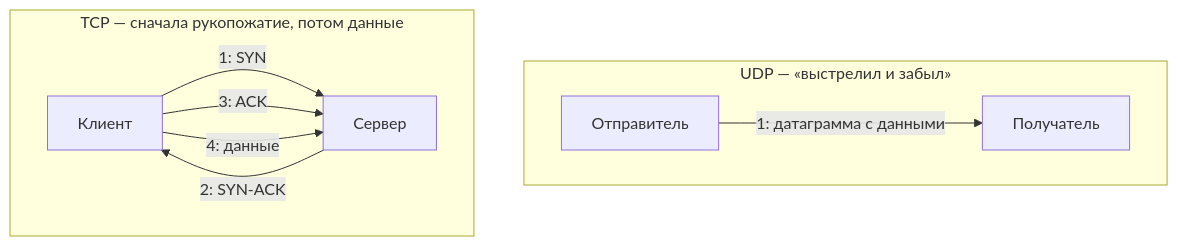
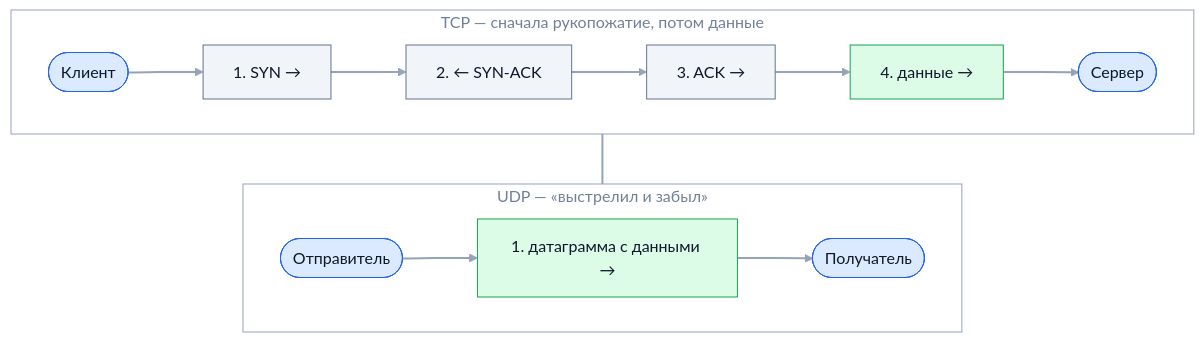
One commit to bogdan111305/java-senior-roadmap changed the first of 3 diagrams in kb/01-fundamentals/03-networking-basics/04-transport-layer.md. Above: the diagram before and after it, drawn with Mermaid. The commit also changed other lines of this file and 31 other files, not shown here.

````diff
--- a/kb/01-fundamentals/03-networking-basics/04-transport-layer.md
+++ b/kb/01-fundamentals/03-networking-basics/04-transport-layer.md
@@ -40,14 +40,23 @@
 ```mermaid
 flowchart TB
+    subgraph TCP["TCP — сначала рукопожатие, потом данные"]
+        direction LR
+        T1(["Клиент"]) --> S1["1. SYN →"] --> S2["2. ← SYN-ACK"] --> S3["3. ACK →"] --> S4["4. данные →"] --> T2(["Сервер"])
+    end
     subgraph UDP["UDP — «выстрелил и забыл»"]
         direction LR
-        U1["Отправитель"] -->|"1: датаграмма с данными"| U2["Получатель"]
+        U1(["Отправитель"]) --> UD["1. датаграмма с данными →"] --> U2(["Получатель"])
     end
-    subgraph TCP["TCP — сначала рукопожатие, потом данные"]
-        direction LR
-        T1["Клиент"] -->|"1: SYN"| T2["Сервер"]
-        T2 -->|"2: SYN-ACK"| T1
-        T1 -->|"3: ACK"| T2
-        T1 -->|"4: данные"| T2
-    end
+    TCP ~~~ UDP
+    classDef main fill:#dbeafe,stroke:#2563eb,color:#0f172a
+    classDef accent fill:#fef3c7,stroke:#d97706,color:#0f172a
+    classDef good fill:#dcfce7,stroke:#16a34a,color:#0f172a
+    classDef muted fill:#f1f5f9,stroke:#64748b,color:#0f172a
+    classDef bad fill:#fee2e2,stroke:#dc2626,color:#0f172a
+    class U1,U2,T1,T2 main
+    class S1,S2,S3 muted
+    class UD,S4 good
+    style UDP fill:none,stroke:#94a3b8,color:#718096
+    style TCP fill:none,stroke:#94a3b8,color:#718096
+    linkStyle default stroke:#94a3b8,stroke-width:2px
 ```
````
